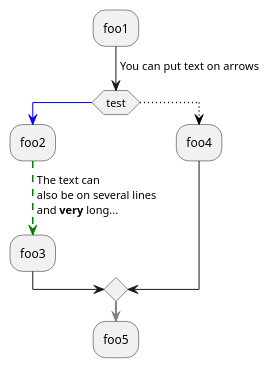
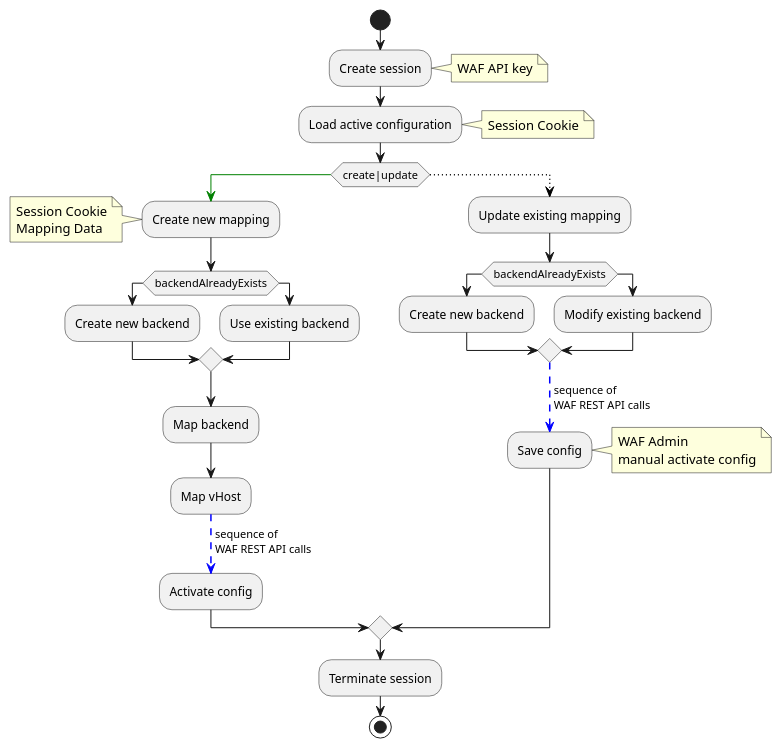
Before and after one commit to baloise-incubator/openshift-operator-airlock-waf: the diagram in workflow.puml, drawn with PlantUML.

Commit message:
Port current version of basic workflow

```diff
--- a/workflow.puml
+++ b/workflow.puml
@@ -1,17 +1,46 @@
 @startuml
-:foo1;
--> You can put text on arrows;
-if (test) then
-  -[#blue]->
-  :foo2;
-  -[#green,dashed]-> The text can
-  also be on several lines
-  and **very** long...;
-  :foo3;
+start
+:Create session;
+note right
+  WAF API key
+end note
+:Load active configuration;
+note right
+  Session Cookie
+end note
+if (create|update) then
+  -[#green]->
+  :Create new mapping;
+  note left
+    Session Cookie
+    Mapping Data
+  end note
+  if (backendAlreadyExists) then
+    :Create new backend;
+  else
+    :Use existing backend;
+  endif
+  :Map backend;
+  :Map vHost;
+  -[#blue,dashed]-> sequence of
+  WAF REST API calls;
+  :Activate config;
 else
   -[#black,dotted]->
-  :foo4;
+  :Update existing mapping;
+  if (backendAlreadyExists) then
+    :Create new backend;
+  else
+    :Modify existing backend;
+  endif
+  -[#blue,dashed]-> sequence of
+  WAF REST API calls;
+  :Save config;
+  note right
+    WAF Admin
+    manual activate config
+  end note
 endif
--[#gray,bold]->
-:foo5;
+:Terminate session;
+stop
 @enduml
```
